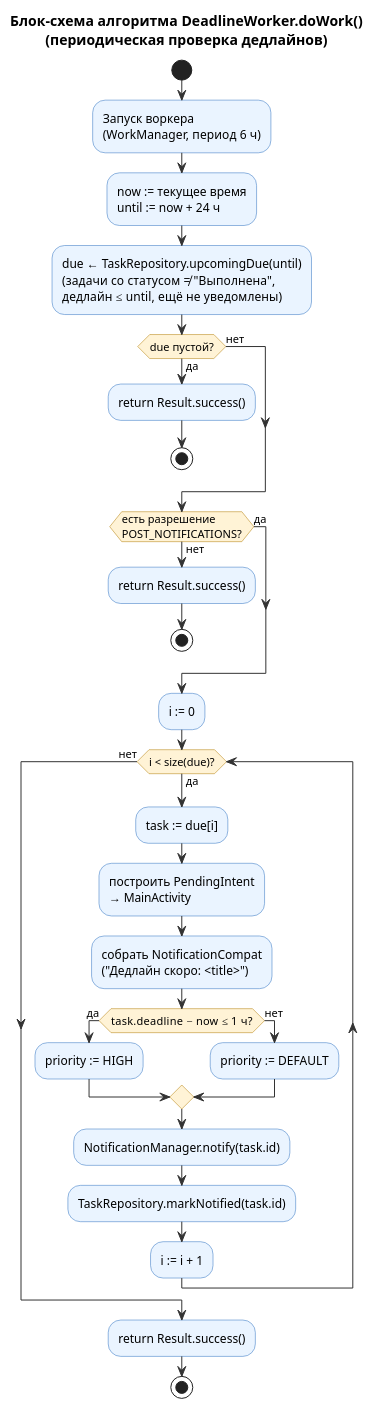
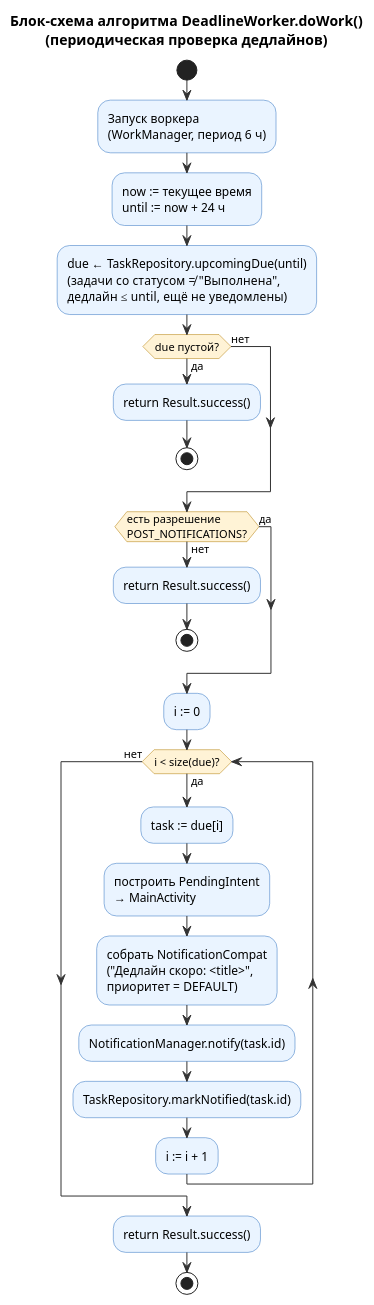
The diagram in docs/flowchart_deadlineworker.puml (molodoi1337/TaskTrackerSKB), drawn with PlantUML before and after one commit. The commit also changed 2 other files, not shown here.

Commit message:
Sync DeadlineWorker flowchart with actual code
Remove HIGH/DEFAULT priority branch from the diagram —
the implementation always uses PRIORITY_DEFAULT.

```diff
--- a/docs/flowchart_deadlineworker.puml
+++ b/docs/flowchart_deadlineworker.puml
@@ -1,51 +1,44 @@
 @startuml Flowchart_DeadlineWorker
 title Блок-схема алгоритма DeadlineWorker.doWork()\n(периодическая проверка дедлайнов)
 
 skinparam backgroundColor #FFFFFF
 skinparam shadowing false
 skinparam ActivityBackgroundColor #EAF4FF
 skinparam ActivityBorderColor #2A6FBF
 skinparam ActivityDiamondBackgroundColor #FFF3D6
 skinparam ActivityDiamondBorderColor #B07A00
 skinparam ArrowColor #333333
 skinparam defaultFontName Sans
 
 start
 
 :Запуск воркера\n(WorkManager, период 6 ч);
 :now := текущее время\nuntil := now + 24 ч;
 :due ← TaskRepository.upcomingDue(until)\n(задачи со статусом ≠ "Выполнена",\nдедлайн ≤ until, ещё не уведомлены);
 
 if (due пустой?) then (да)
   :return Result.success();
   stop
 else (нет)
 endif
 
 if (есть разрешение\nPOST_NOTIFICATIONS?) then (нет)
   :return Result.success();
   stop
 else (да)
 endif
 
 :i := 0;
 while (i < size(due)?) is (да)
   :task := due[i];
   :построить PendingIntent\n→ MainActivity;
-  :собрать NotificationCompat\n("Дедлайн скоро: <title>");
-
-  if (task.deadline − now ≤ 1 ч?) then (да)
-    :priority := HIGH;
-  else (нет)
-    :priority := DEFAULT;
-  endif
-
+  :собрать NotificationCompat\n("Дедлайн скоро: <title>",\nприоритет = DEFAULT);
   :NotificationManager.notify(task.id);
   :TaskRepository.markNotified(task.id);
   :i := i + 1;
 endwhile (нет)
 
 :return Result.success();
 stop
 
 @enduml
```
